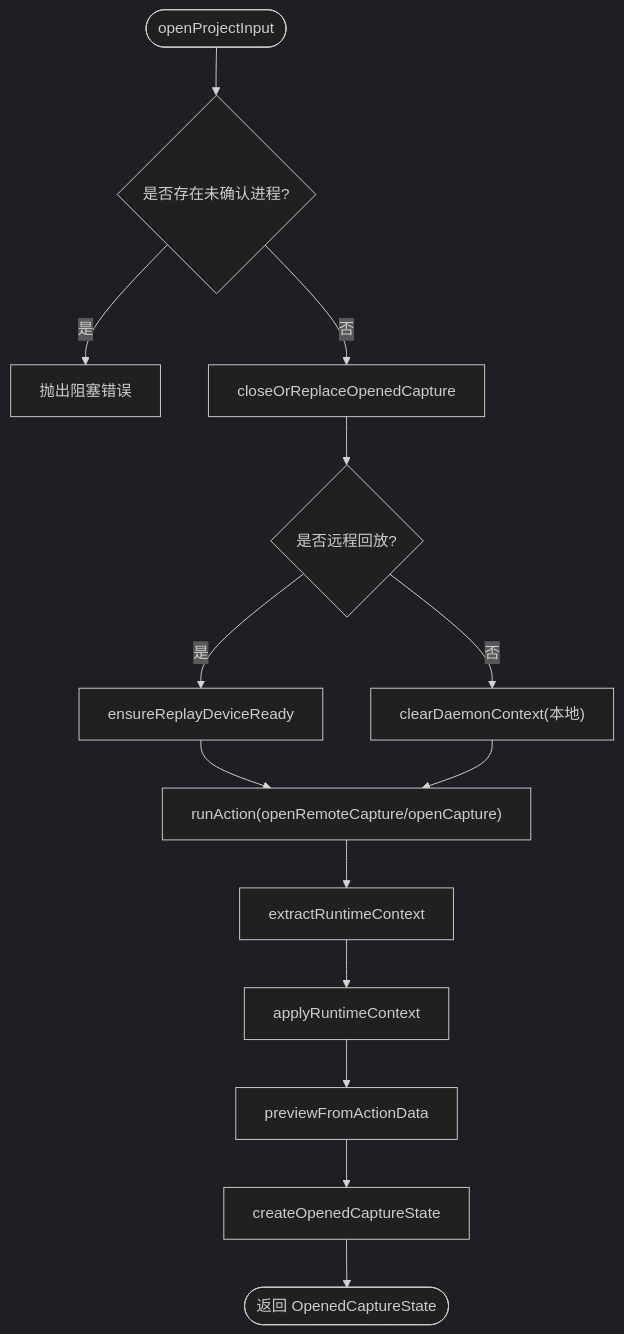
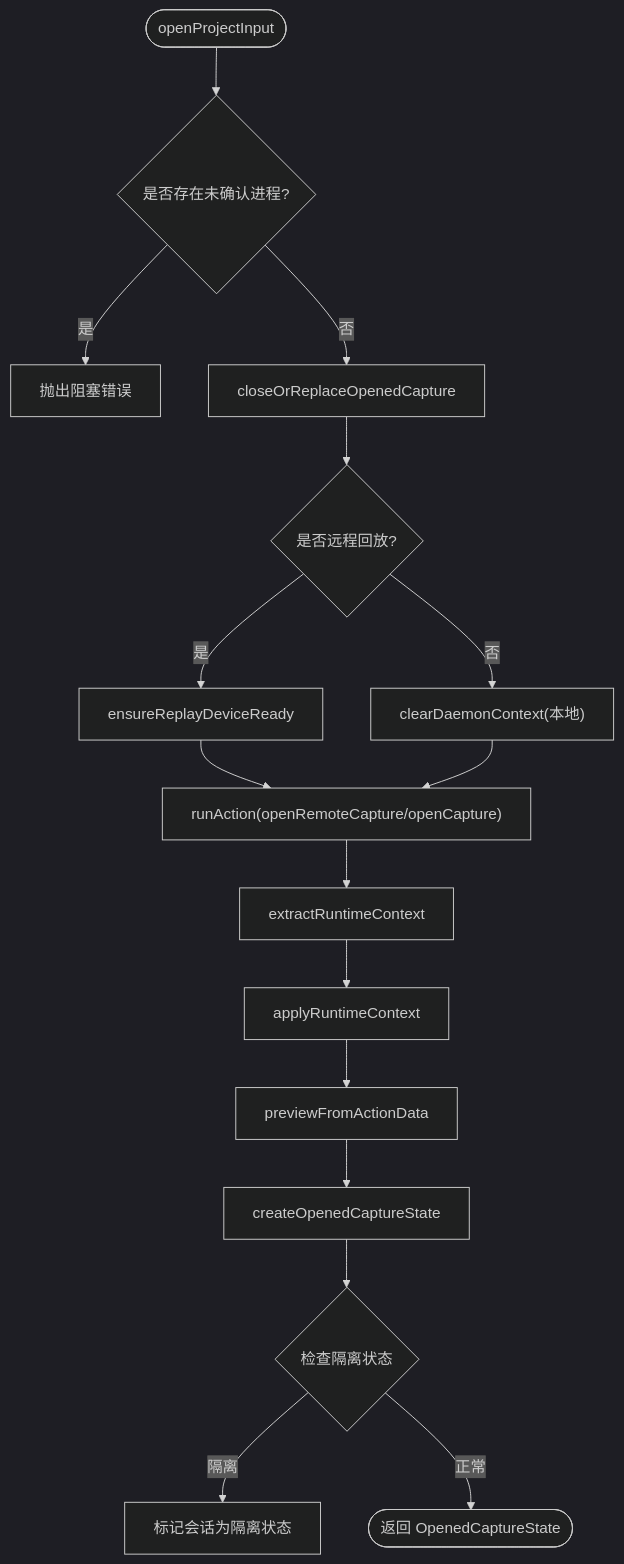
Before and after one commit to haolange/RDC-Agent: the third of 9 diagrams in .qoder/repowiki/zh/content/核心模块/会话管理系统/会话管理系统.md, drawn with Mermaid (dark theme). The commit also changed other lines of this file and 85 other files, not shown here.

````diff
--- a/.qoder/repowiki/zh/content/核心模块/会话管理系统/会话管理系统.md
+++ b/.qoder/repowiki/zh/content/核心模块/会话管理系统/会话管理系统.md
@@ -202,16 +233,18 @@
 ```mermaid
 flowchart TD
 Start(["openProjectInput"]) --> CheckProc{"是否存在未确认进程?"}
 CheckProc --> |是| Block["抛出阻塞错误"]
 CheckProc --> |否| ClosePrev["closeOrReplaceOpenedCapture"]
 ClosePrev --> PrepareDev{"是否远程回放?"}
 PrepareDev --> |是| EnsureRemote["ensureReplayDeviceReady"]
 PrepareDev --> |否| ClearCtx["clearDaemonContext(本地)"]
 EnsureRemote --> RunAction["runAction(openRemoteCapture/openCapture)"]
 ClearCtx --> RunAction
 RunAction --> ExtractCtx["extractRuntimeContext"]
 ExtractCtx --> ApplyCtx["applyRuntimeContext"]
 ApplyCtx --> BuildPreview["previewFromActionData"]
 BuildPreview --> CreateState["createOpenedCaptureState"]
-CreateState --> Return(["返回 OpenedCaptureState"])
+CreateState --> CheckQuarantine{"检查隔离状态"}
+CheckQuarantine --> |隔离| Quarantine["标记会话为隔离状态"]
+CheckQuarantine --> |正常| Return(["返回 OpenedCaptureState"])
 ```
````
